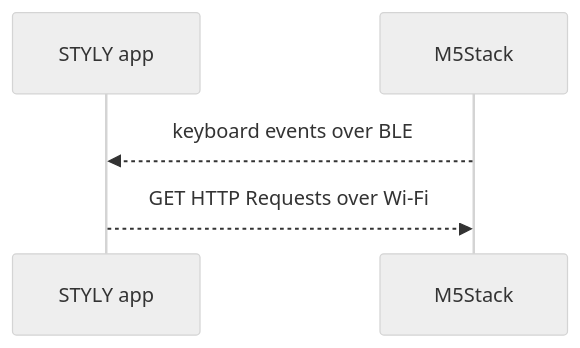
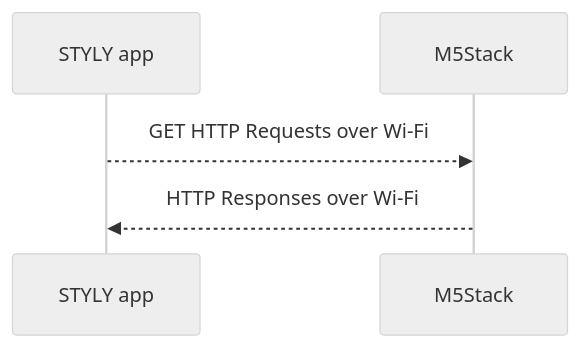
One commit to kotobuki/M5Stack-HID-Input-Framework-for-xR changed the second of 2 diagrams in README.md. Above: the diagram before and after it, drawn with Mermaid (neutral theme). The commit also changed other lines of this file, not shown here.

````diff
--- a/README.md
+++ b/README.md
@@ -136,7 +210,7 @@
 ```mermaid
 sequenceDiagram
     participant S as STYLY app
     participant M as M5Stack
-    M-->>S: keyboard events over BLE
     S-->>M: GET HTTP Requests over Wi-Fi
+    M-->>S: HTTP Responses over Wi-Fi
 ```
````
